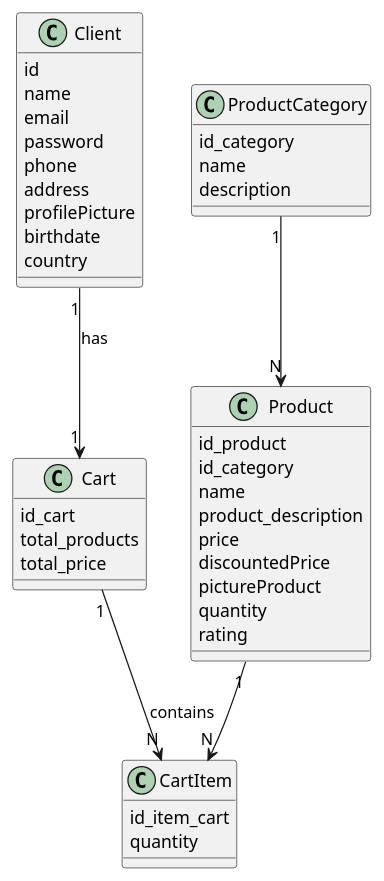
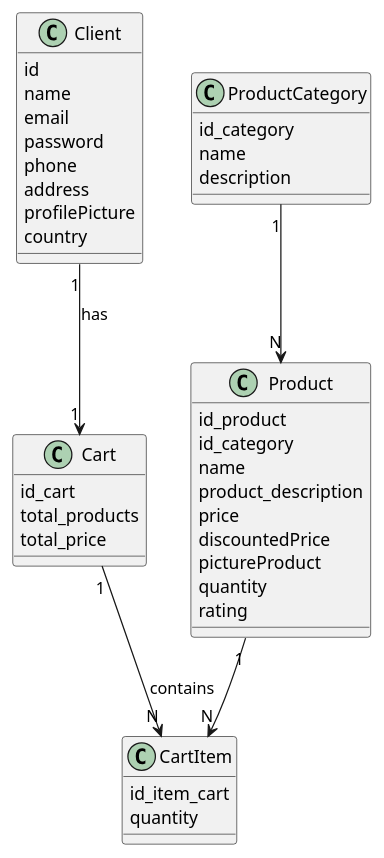
One commit to VetLine-CIPFPMislata/store-back changed the diagram in src/main/java/org/example/storeback/UML/EntityRelationsFinal.puml. Above: the diagram before and after it, drawn with PlantUML. The commit also changed 6 other files, not shown here.

```diff
--- a/src/main/java/org/example/storeback/UML/EntityRelationsFinal.puml
+++ b/src/main/java/org/example/storeback/UML/EntityRelationsFinal.puml
@@ -1,62 +1,61 @@
 @startuml
 
 ' =======================
 '       ENTIDADES
 ' =======================
 
 
 
 class Client {
     id
     name
     email
     password
     phone
     address
     profilePicture
-    birthdate
     country
 }
 
 class Cart {
     id_cart
     total_products
     total_price
 }
 
 class CartItem {
     id_item_cart
     quantity
 }
 
 class Product {
     id_product
     id_category
     name
     product_description
     price
     discountedPrice
     pictureProduct
     quantity
     rating
 }
 
 class ProductCategory {
     id_category
     name
     description
 }
 
 ' =======================
 '      RELACIONES
 ' =======================
 
 Client "1" --> "1" Cart : has
 
 
 Cart "1" --> "N" CartItem : contains
 Product "1" --> "N" CartItem
 
 ProductCategory "1" --> "N" Product
 
 @enduml
```
